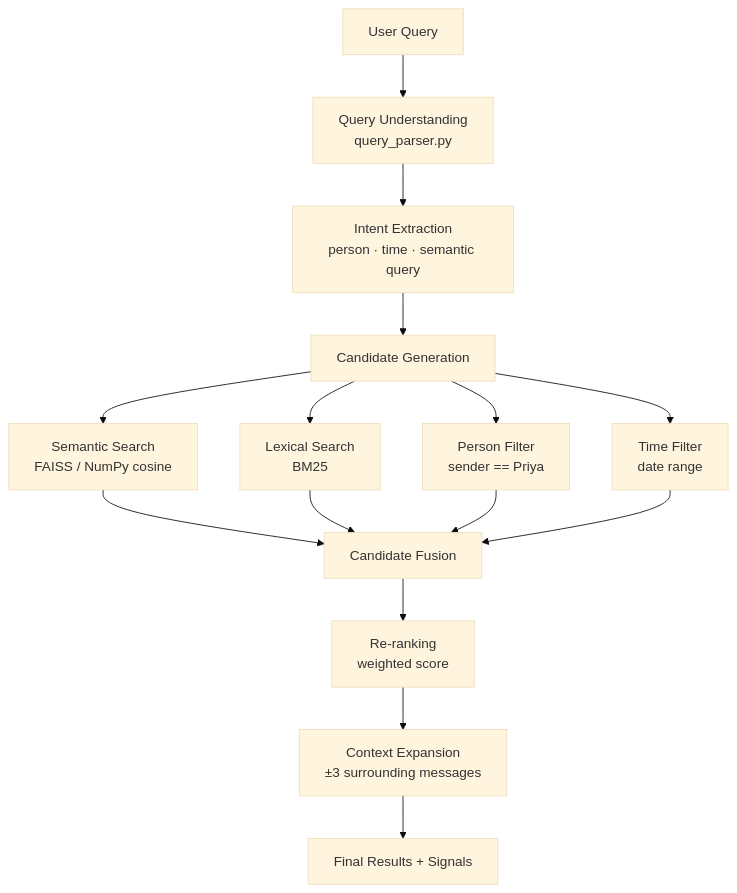
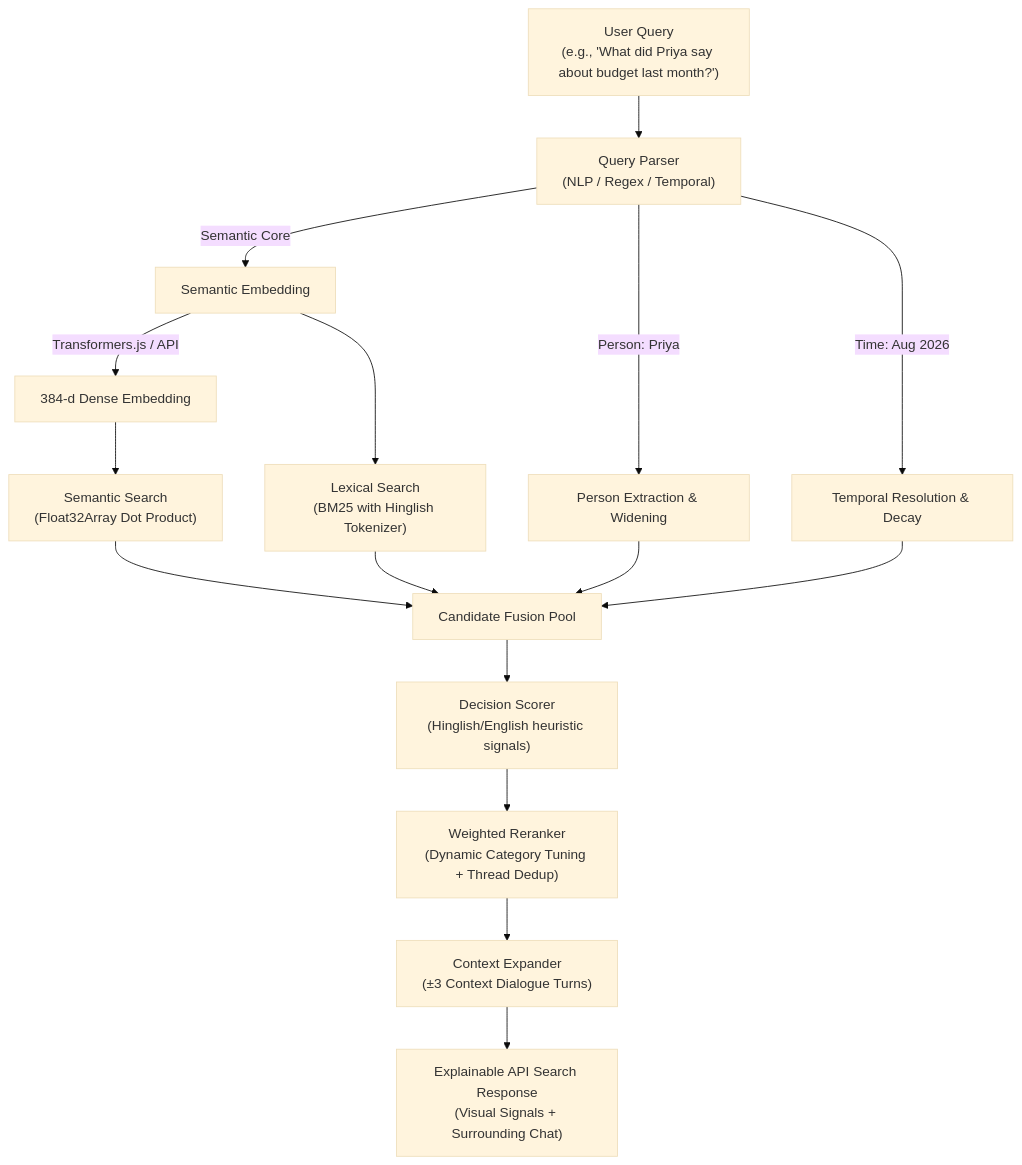
One commit to Akarshk22/Semantic-Chat-Search changed the diagram in README.md. Above: the diagram before and after it, drawn with Mermaid (base theme). The commit also changed other lines of this file and 70 other files, not shown here.

````diff
--- a/README.md
+++ b/README.md
@@ -24,14 +37,18 @@
 ```mermaid
 flowchart TD
-    Q[User Query] --> QU[Query Understanding\nquery_parser.py]
-    QU --> IE[Intent Extraction\nperson · time · semantic query]
-    IE --> CG[Candidate Generation]
-    CG --> SS[Semantic Search\nFAISS / NumPy cosine]
-    CG --> LS[Lexical Search\nBM25]
-    CG --> PF[Person Filter\nsender == Priya]
-    CG --> TF[Time Filter\ndate range]
-    SS & LS & PF & TF --> CF[Candidate Fusion]
-    CF --> RR[Re-ranking\nweighted score]
-    RR --> CE[Context Expansion\n±3 surrounding messages]
-    CE --> R[Final Results + Signals]
+    Q["User Query\n(e.g., 'What did Priya say about budget last month?')"] --> QP["Query Parser\n(NLP / Regex / Temporal)"]
+    
+    QP -->|Person: Priya| PF["Person Extraction & Widening"]
+    QP -->|Time: Aug 2026| TF["Temporal Resolution & Decay"]
+    QP -->|Semantic Core| SQ["Semantic Embedding"]
+    
+    SQ -->|Transformers.js / API| VEC["384-d Dense Embedding"]
+    VEC --> SS["Semantic Search\n(Float32Array Dot Product)"]
+    SQ --> BM["Lexical Search\n(BM25 with Hinglish Tokenizer)"]
+    
+    SS & BM & PF & TF --> FUSION["Candidate Fusion Pool"]
+    FUSION --> DEC["Decision Scorer\n(Hinglish/English heuristic signals)"]
+    DEC --> RR["Weighted Reranker\n(Dynamic Category Tuning + Thread Dedup)"]
+    RR --> CE["Context Expander\n(±3 Context Dialogue Turns)"]
+    CE --> RES["Explainable API Search Response\n(Visual Signals + Surrounding Chat)"]
 ```
````
